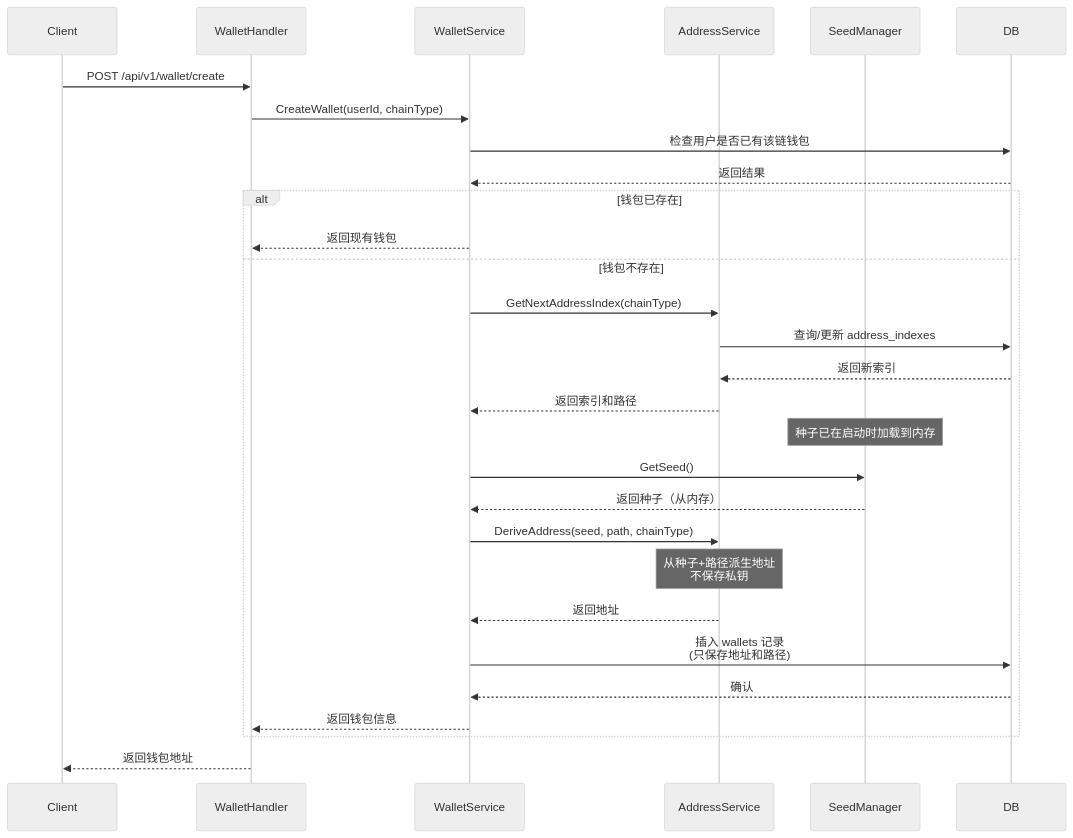
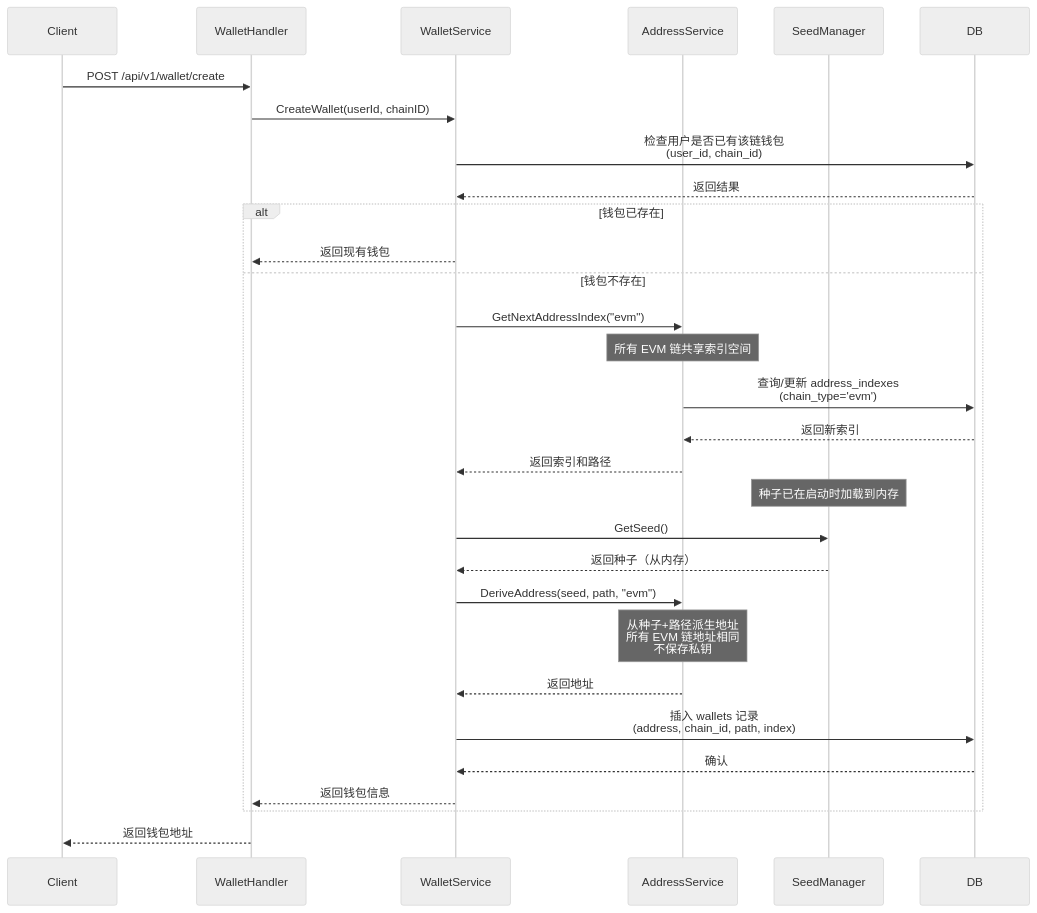
Before and after one commit to chapool/go-wallet: the first of 5 diagrams in docs/hd-wallet-design.md, drawn with Mermaid (neutral theme). The commit also changed other lines of this file and 107 other files, not shown here.

````diff
--- a/docs/hd-wallet-design.md
+++ b/docs/hd-wallet-design.md
@@ -646,39 +685,40 @@
 ```mermaid
 sequenceDiagram
     participant Client
     participant WalletHandler
     participant WalletService
     participant AddressService
     participant SeedManager
     participant DB
 
     Client->>WalletHandler: POST /api/v1/wallet/create
-    WalletHandler->>WalletService: CreateWallet(userId, chainType)
+    WalletHandler->>WalletService: CreateWallet(userId, chainID)
     
-    WalletService->>DB: 检查用户是否已有该链钱包
+    WalletService->>DB: 检查用户是否已有该链钱包<br/>(user_id, chain_id)
     DB-->>WalletService: 返回结果
     
     alt 钱包已存在
         WalletService-->>WalletHandler: 返回现有钱包
     else 钱包不存在
-        WalletService->>AddressService: GetNextAddressIndex(chainType)
-        AddressService->>DB: 查询/更新 address_indexes
+        WalletService->>AddressService: GetNextAddressIndex("evm")
+        Note over AddressService: 所有 EVM 链共享索引空间
+        AddressService->>DB: 查询/更新 address_indexes<br/>(chain_type='evm')
         DB-->>AddressService: 返回新索引
         AddressService-->>WalletService: 返回索引和路径
         
         Note over SeedManager: 种子已在启动时加载到内存
         WalletService->>SeedManager: GetSeed()
         SeedManager-->>WalletService: 返回种子（从内存）
         
-        WalletService->>AddressService: DeriveAddress(seed, path, chainType)
-        Note over AddressService: 从种子+路径派生地址<br/>不保存私钥
+        WalletService->>AddressService: DeriveAddress(seed, path, "evm")
+        Note over AddressService: 从种子+路径派生地址<br/>所有 EVM 链地址相同<br/>不保存私钥
         AddressService-->>WalletService: 返回地址
         
-        WalletService->>DB: 插入 wallets 记录<br/>(只保存地址和路径)
+        WalletService->>DB: 插入 wallets 记录<br/>(address, chain_id, path, index)
         DB-->>WalletService: 确认
         
         WalletService-->>WalletHandler: 返回钱包信息
     end
     
     WalletHandler-->>Client: 返回钱包地址
 ```
````
